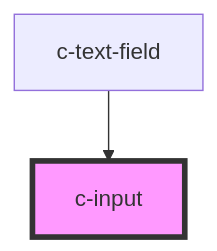
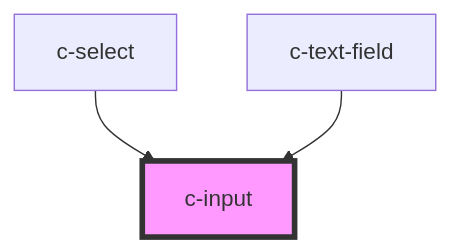
One commit to hannyle/csc-ui changed the diagram in src/components/c-input/readme.md. Above: the diagram before and after it, drawn with Mermaid. The commit also changed other lines of this file and 10 other files, not shown here.

Commit message:
Use c-input in c-select and c-text-field

````diff
--- a/src/components/c-input/readme.md
+++ b/src/components/c-input/readme.md
@@ -50,5 +52,6 @@
 ```mermaid
 graph TD;
+  c-select --> c-input
   c-text-field --> c-input
   style c-input fill:#f9f,stroke:#333,stroke-width:4px
 ```
````
